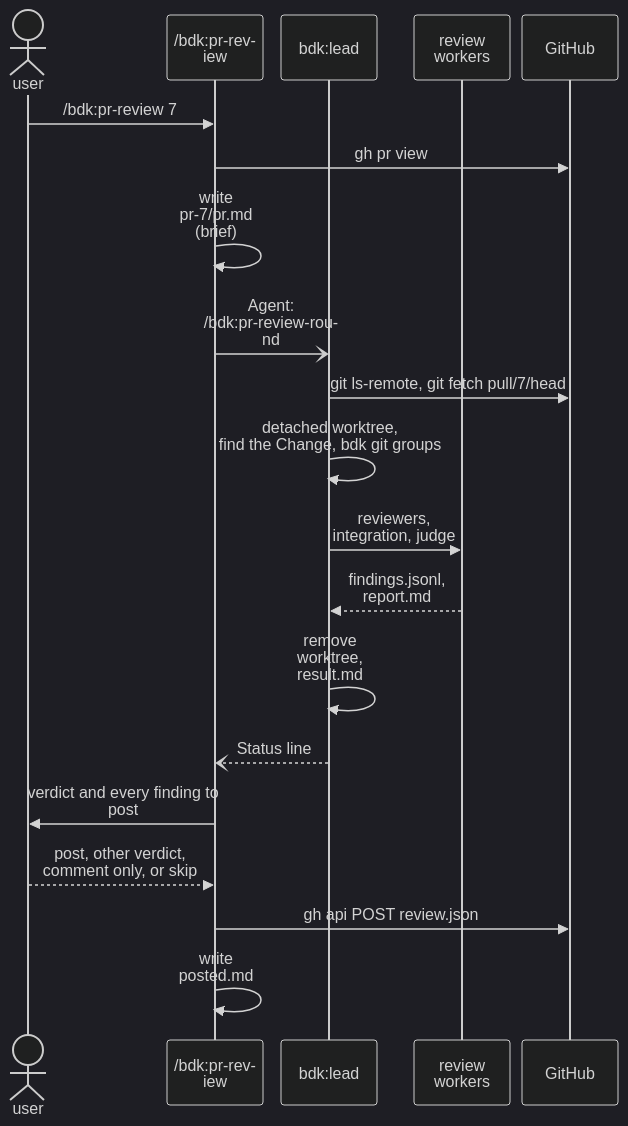
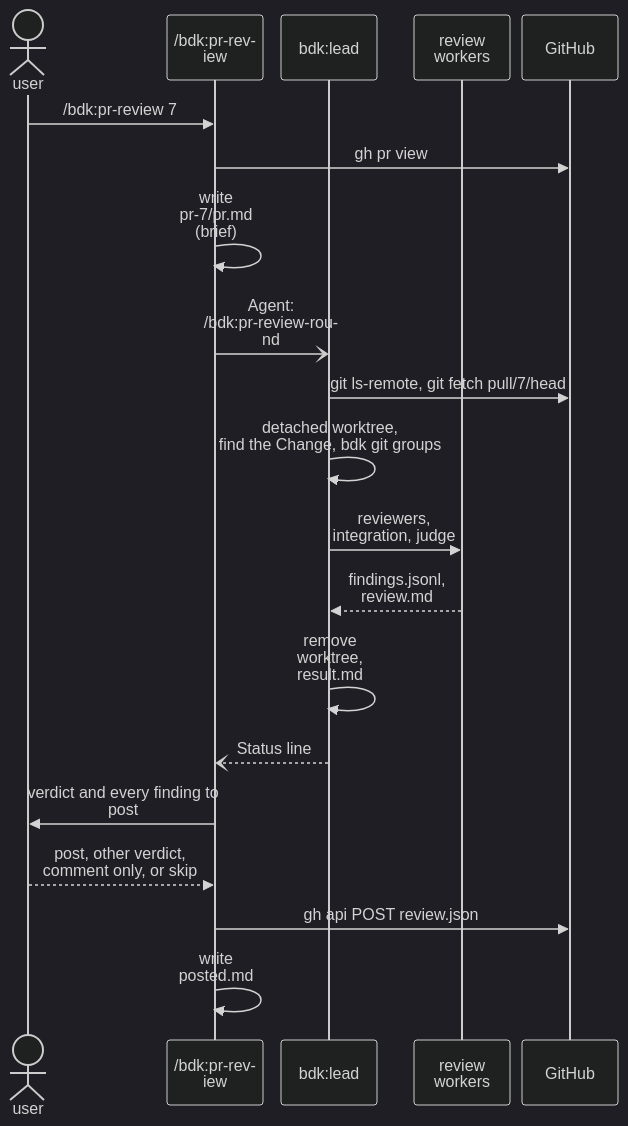
Before and after one commit to broneq/bdk: diagram 13 of 15 in docs/concepts/orchestrators.md, drawn with Mermaid (dark theme). The commit also changed other lines of this file and 93 other files, not shown here.

````diff
--- a/docs/concepts/orchestrators.md
+++ b/docs/concepts/orchestrators.md
@@ -271,23 +271,23 @@
 ```mermaid
 %%{init: {"sequence": {"actorMargin": 12, "width": 96, "noteMargin": 6, "wrap": true}}}%%
 sequenceDiagram
   actor U as user
   participant M as /bdk:pr-review
   participant L as bdk:lead
   participant W as review workers
   participant G as GitHub
   U->>M: /bdk:pr-review 7
   M->>G: gh pr view
   M->>M: write pr-7/pr.md (brief)
   M-)L: Agent: /bdk:pr-review-round
   L->>G: git ls-remote, git fetch pull/7/head
   L->>L: detached worktree,<br/>find the Change, bdk git groups
   L->>W: reviewers, integration, judge
-  W-->>L: findings.jsonl, report.md
+  W-->>L: findings.jsonl, review.md
   L->>L: remove worktree, result.md
   L--)M: Status line
   M->>U: verdict and every finding to post
   U-->>M: post, other verdict,<br/>comment only, or skip
   M->>G: gh api POST review.json
   M->>M: write posted.md
 ```
````
